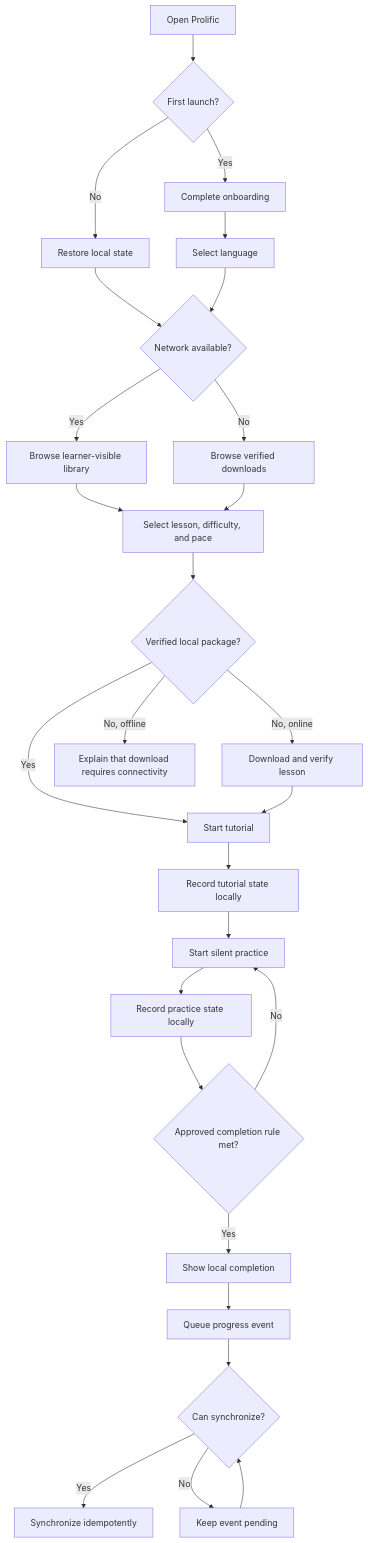
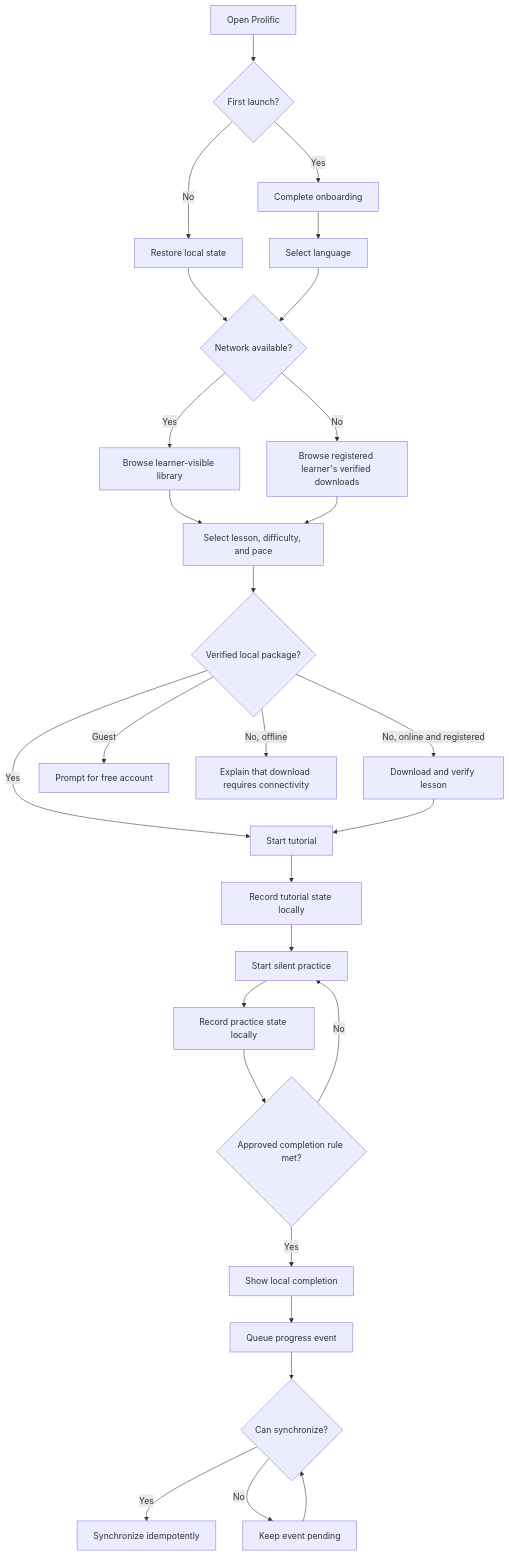
Before and after one commit to austin11101/Prolific-: the first of 6 diagrams in docs/04-ui-ux-design/user-flows.md, drawn with Mermaid. The commit also changed other lines of this file and 48 other files, not shown here.

Commit message:
docs: complete Sprint 1 architecture and project foundation

````diff
--- a/docs/04-ui-ux-design/user-flows.md
+++ b/docs/04-ui-ux-design/user-flows.md
@@ -24,29 +25,30 @@
 ```mermaid
 flowchart TD
     A["Open Prolific"] --> B{"First launch?"}
     B -- "Yes" --> C["Complete onboarding"]
     B -- "No" --> D["Restore local state"]
     C --> E["Select language"]
     D --> F{"Network available?"}
     E --> F
     F -- "Yes" --> G["Browse learner-visible library"]
-    F -- "No" --> H["Browse verified downloads"]
+    F -- "No" --> H["Browse registered learner's verified downloads"]
     G --> I["Select lesson, difficulty, and pace"]
     H --> I
     I --> J{"Verified local package?"}
-    J -- "No, online" --> K["Download and verify lesson"]
+    J -- "No, online and registered" --> K["Download and verify lesson"]
+    J -- "Guest" --> W["Prompt for free account"]
     J -- "No, offline" --> L["Explain that download requires connectivity"]
     J -- "Yes" --> M["Start tutorial"]
     K --> M
     M --> N["Record tutorial state locally"]
     N --> O["Start silent practice"]
     O --> P["Record practice state locally"]
     P --> Q{"Approved completion rule met?"}
     Q -- "No" --> O
     Q -- "Yes" --> R["Show local completion"]
     R --> S["Queue progress event"]
     S --> T{"Can synchronize?"}
     T -- "Yes" --> U["Synchronize idempotently"]
     T -- "No" --> V["Keep event pending"]
     V --> T
 ```
````
